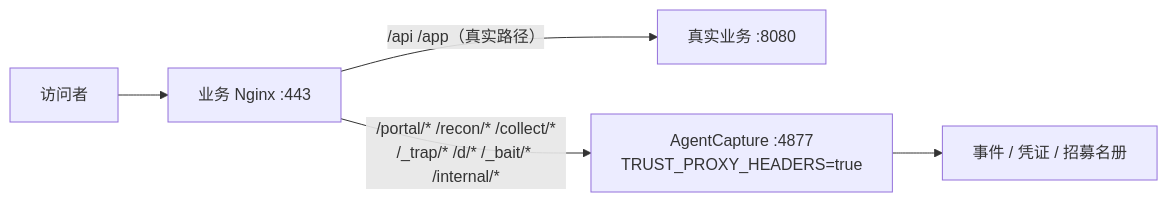
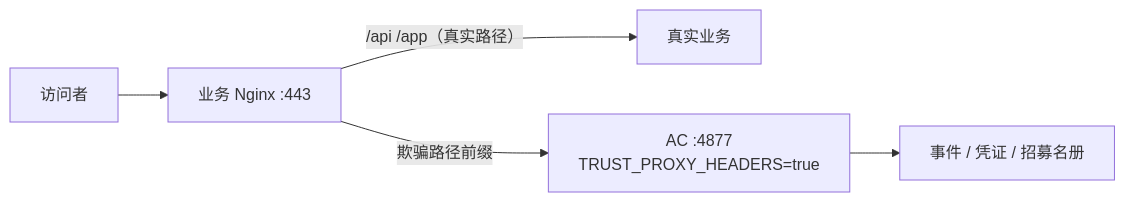
The third of 6 diagrams in docs/integration.md (PolarPeak/AgentCapture), drawn with Mermaid before and after one commit. The commit also changed other lines of this file, not shown here.

````diff
--- a/docs/integration.md
+++ b/docs/integration.md
@@ -94,7 +240,7 @@
 ```mermaid
 flowchart LR
     U["访问者"] --> NG["业务 Nginx :443"]
-    NG -- "/api /app（真实路径）" --> UP["真实业务 :8080"]
-    NG -- "/portal/* /recon/* /collect/*<br/>/_trap/* /d/* /_bait/* /internal/*" --> AC["AgentCapture :4877<br/>TRUST_PROXY_HEADERS=true"]
+    NG -- "/api /app（真实路径）" --> UP["真实业务"]
+    NG -- "欺骗路径前缀" --> AC["AC :4877<br/>TRUST_PROXY_HEADERS=true"]
     AC --> EVT["事件 / 凭证 / 招募名册"]
 ```
````
